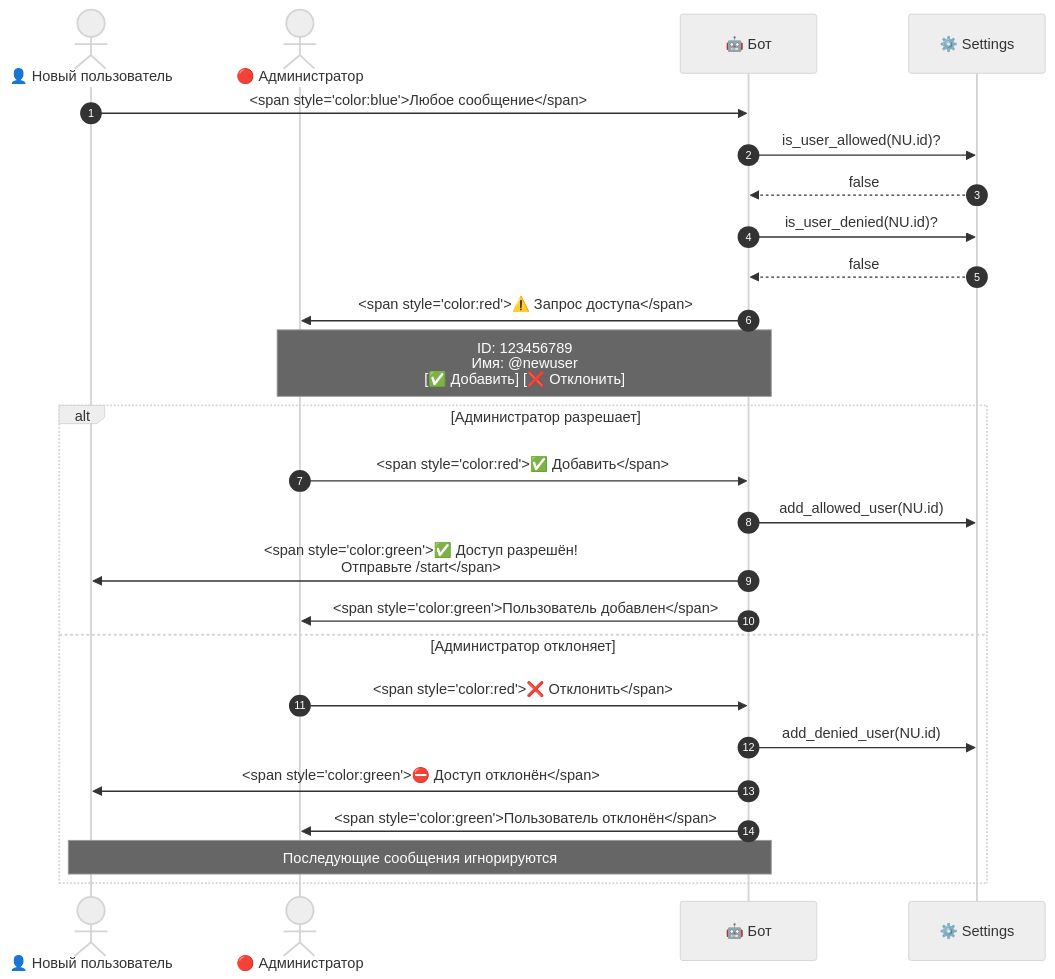
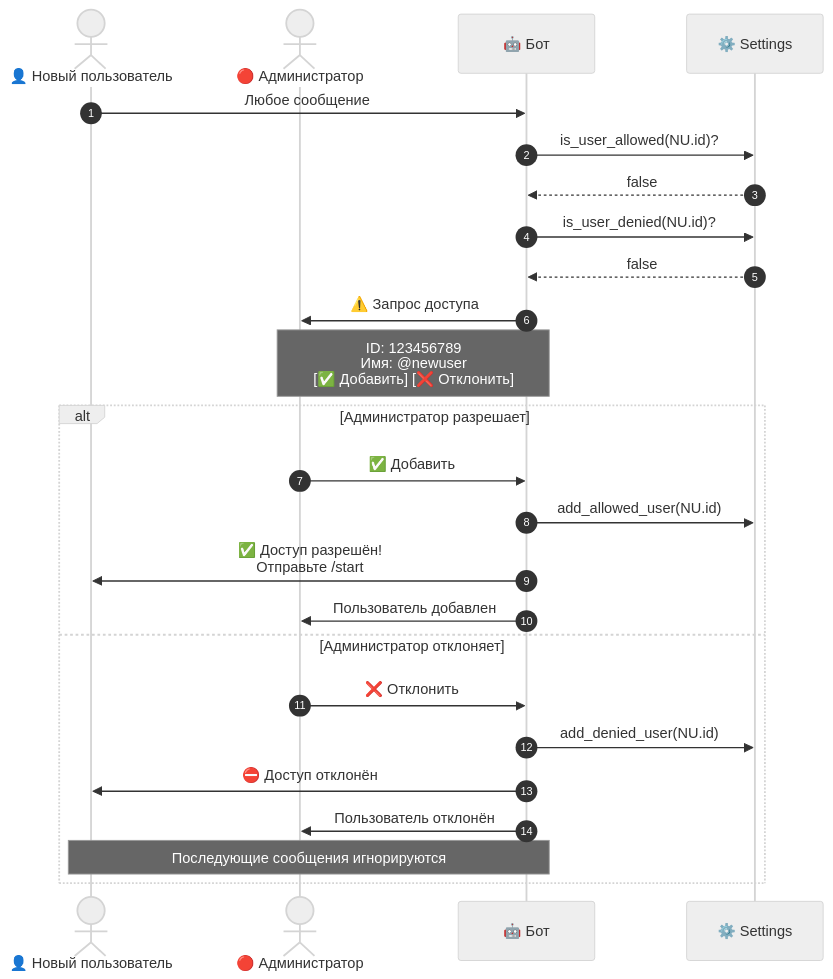
The fourth of 6 diagrams in docs/architecture/message-flow.md (rabdalov/agent-test), drawn with Mermaid (neutral theme) before and after one commit. The commit also changed other lines of this file, not shown here.

````diff
--- a/docs/architecture/message-flow.md
+++ b/docs/architecture/message-flow.md
@@ -145,31 +137,31 @@
 ```mermaid
 sequenceDiagram
     autonumber
     actor NU as 👤 Новый пользователь
     actor A as 🔴 Администратор
     participant B as 🤖 Бот
     participant S as ⚙️ Settings
 
-    NU->>B: <span style="color:blue">Любое сообщение</span>
+    NU->>B: Любое сообщение
     B->>S: is_user_allowed(NU.id)?
     S-->>B: false
     B->>S: is_user_denied(NU.id)?
     S-->>B: false
     
-    B->>A: <span style="color:red">⚠️ Запрос доступа</span>
+    B->>A: ⚠️ Запрос доступа
     Note over B,A: ID: 123456789<br/>Имя: @newuser<br/>[✅ Добавить] [❌ Отклонить]
 
     alt Администратор разрешает
-        A->>B: <span style="color:red">✅ Добавить</span>
+        A->>B: ✅ Добавить
         B->>S: add_allowed_user(NU.id)
-        B->>NU: <span style="color:green">✅ Доступ разрешён!<br/>Отправьте /start</span>
-        B->>A: <span style="color:green">Пользователь добавлен</span>
+        B->>NU: ✅ Доступ разрешён!<br/>Отправьте /start
+        B->>A: Пользователь добавлен
     else Администратор отклоняет
-        A->>B: <span style="color:red">❌ Отклонить</span>
+        A->>B: ❌ Отклонить
         B->>S: add_denied_user(NU.id)
-        B->>NU: <span style="color:green">⛔ Доступ отклонён</span>
-        B->>A: <span style="color:green">Пользователь отклонён</span>
+        B->>NU: ⛔ Доступ отклонён
+        B->>A: Пользователь отклонён
         
         Note over NU,B: Последующие сообщения игнорируются
     end
 ```
````
